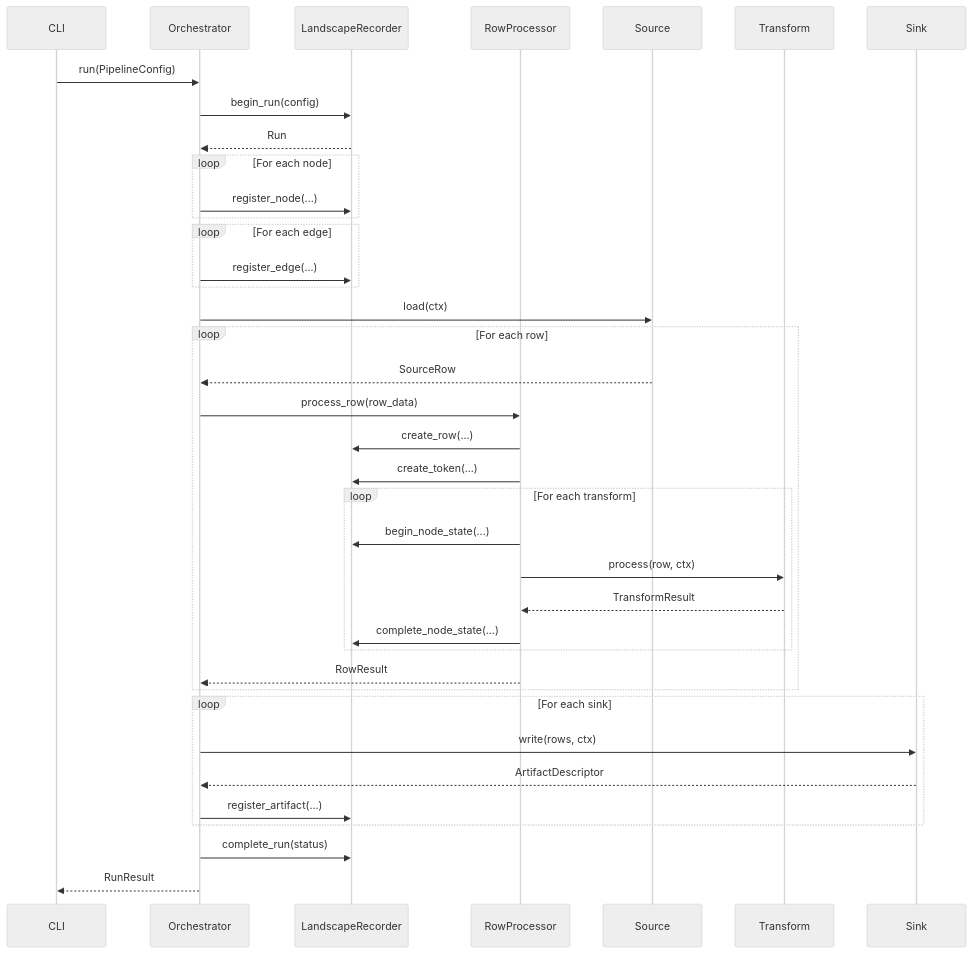
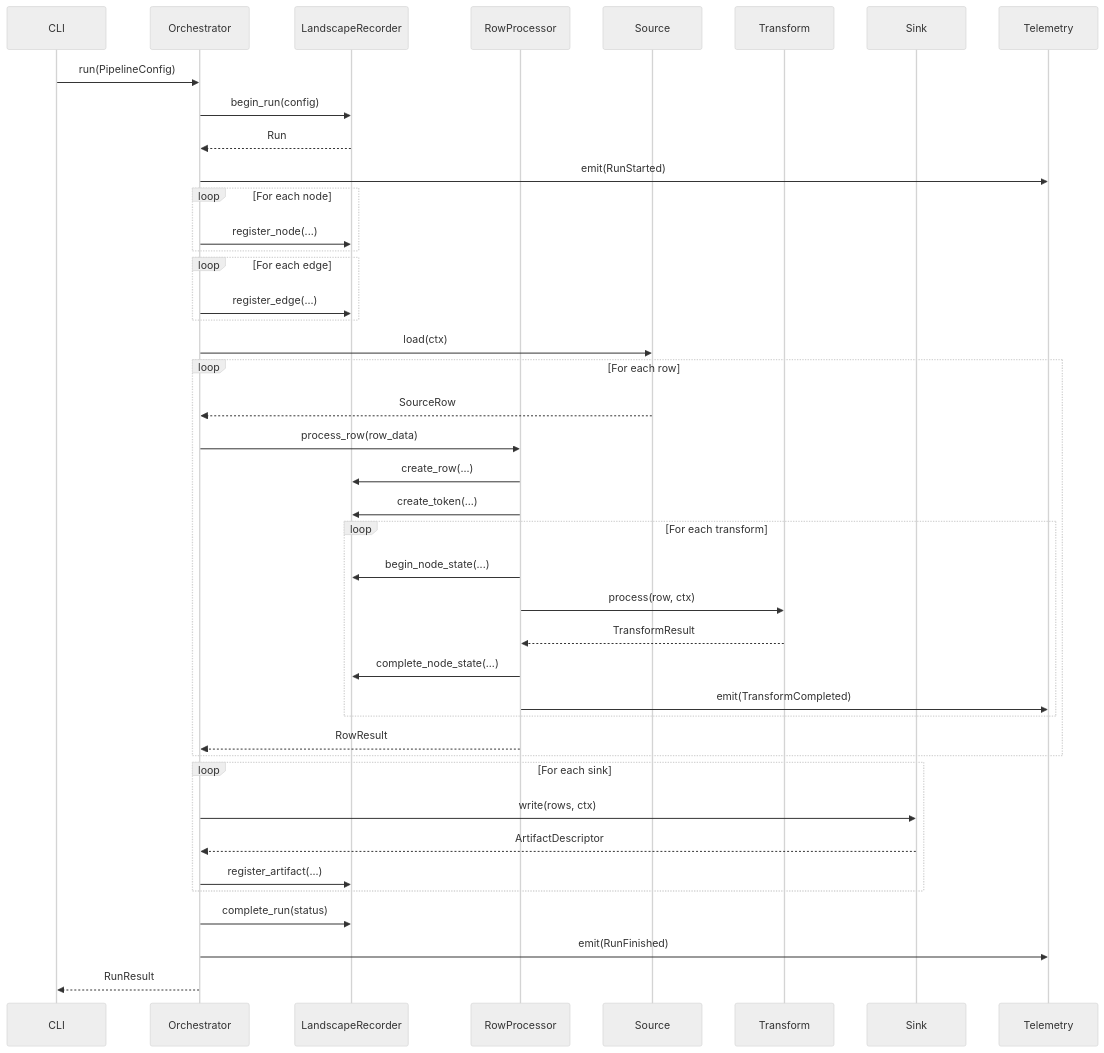
Before and after one commit to tachyon-beep/elspeth: the sixth of 13 diagrams in ARCHITECTURE.md, drawn with Mermaid (neutral theme). The commit also changed other lines of this file and 56 other files, not shown here.

````diff
--- a/ARCHITECTURE.md
+++ b/ARCHITECTURE.md
@@ -292,49 +377,53 @@
 ```mermaid
 sequenceDiagram
     participant CLI
     participant Orchestrator
     participant Recorder as LandscapeRecorder
     participant Processor as RowProcessor
     participant Source
     participant Transform
     participant Sink
+    participant Telem as Telemetry
 
     CLI->>Orchestrator: run(PipelineConfig)
     Orchestrator->>Recorder: begin_run(config)
     Recorder-->>Orchestrator: Run
+    Orchestrator->>Telem: emit(RunStarted)
 
     loop For each node
         Orchestrator->>Recorder: register_node(...)
     end
 
     loop For each edge
         Orchestrator->>Recorder: register_edge(...)
     end
 
     Orchestrator->>Source: load(ctx)
 
     loop For each row
         Source-->>Orchestrator: SourceRow
         Orchestrator->>Processor: process_row(row_data)
         Processor->>Recorder: create_row(...)
         Processor->>Recorder: create_token(...)
 
         loop For each transform
             Processor->>Recorder: begin_node_state(...)
             Processor->>Transform: process(row, ctx)
             Transform-->>Processor: TransformResult
             Processor->>Recorder: complete_node_state(...)
+            Processor->>Telem: emit(TransformCompleted)
         end
 
         Processor-->>Orchestrator: RowResult
     end
 
     loop For each sink
         Orchestrator->>Sink: write(rows, ctx)
         Sink-->>Orchestrator: ArtifactDescriptor
         Orchestrator->>Recorder: register_artifact(...)
     end
 
     Orchestrator->>Recorder: complete_run(status)
+    Orchestrator->>Telem: emit(RunFinished)
     Orchestrator-->>CLI: RunResult
 ```
````
